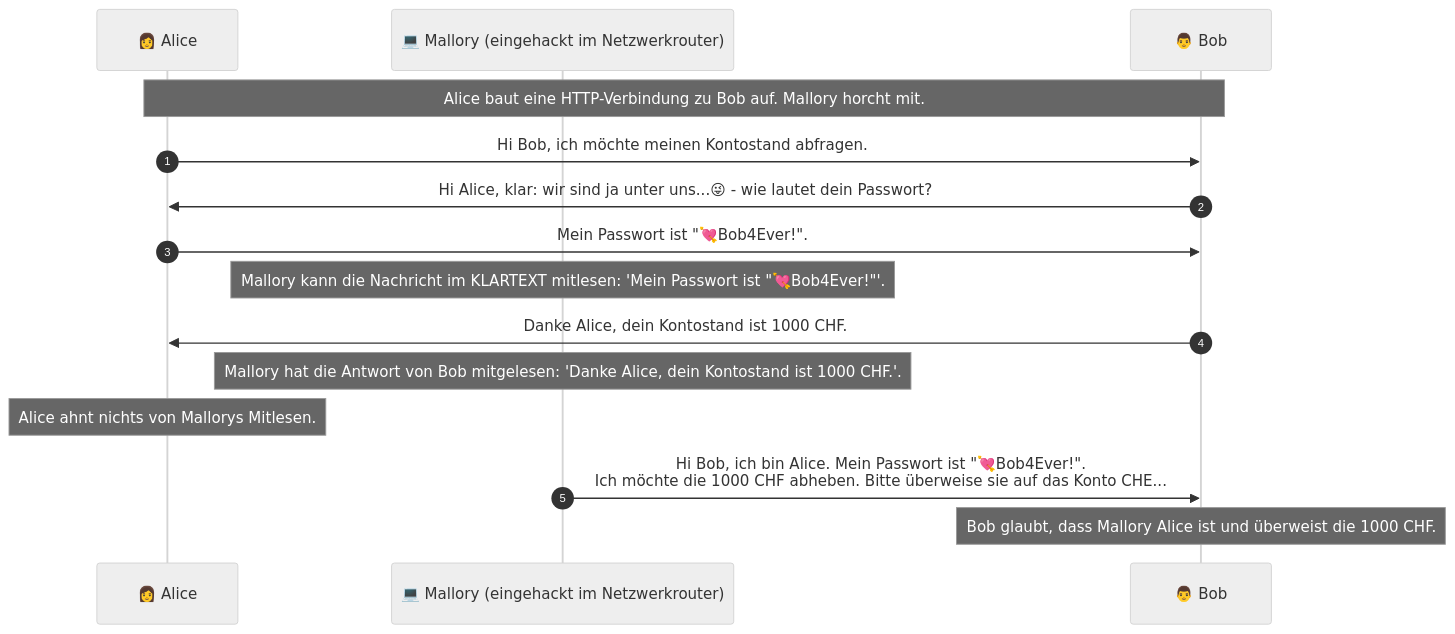
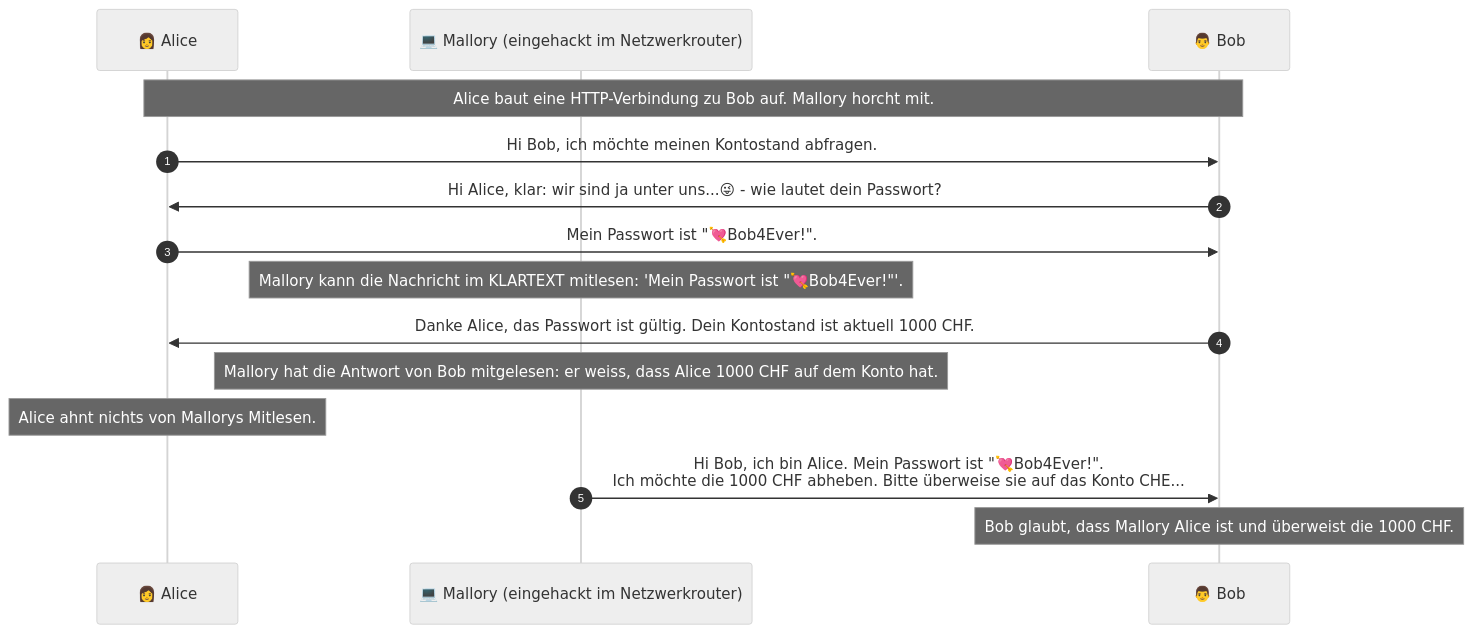
The first of 2 diagrams in Teaching.Slides/pages/7_Authentifizierung_und_Autorisierung/slides.md (teaching-abbts/teaching), drawn with Mermaid (neutral theme) before and after one commit. The commit also changed other lines of this file, not shown here.

````diff
--- a/Teaching.Slides/pages/7_Authentifizierung_und_Autorisierung/slides.md
+++ b/Teaching.Slides/pages/7_Authentifizierung_und_Autorisierung/slides.md
@@ -45,18 +48,18 @@
 ```mermaid
 sequenceDiagram
   autonumber
   participant Alice as 👩 Alice
   participant Mallory as 💻 Mallory (eingehackt im Netzwerkrouter)
   participant Bob as 👨 Bob
 
   Note over Alice,Bob: Alice baut eine HTTP-Verbindung zu Bob auf. Mallory horcht mit.
   Alice->>Bob: Hi Bob, ich möchte meinen Kontostand abfragen.
   Bob->>Alice: Hi Alice, klar: wir sind ja unter uns...😜 - wie lautet dein Passwort?
   Alice->>Bob: Mein Passwort ist "💘Bob4Ever!".
   Note over Mallory: Mallory kann die Nachricht im KLARTEXT mitlesen: 'Mein Passwort ist "💘Bob4Ever!"'.
-  Bob->>Alice: Danke Alice, dein Kontostand ist 1000 CHF.
-  Note over Mallory: Mallory hat die Antwort von Bob mitgelesen: 'Danke Alice, dein Kontostand ist 1000 CHF.'.
+  Bob->>Alice: Danke Alice, das Passwort ist gültig. Dein Kontostand ist aktuell 1000 CHF.
+  Note over Mallory: Mallory hat die Antwort von Bob mitgelesen: er weiss, dass Alice 1000 CHF auf dem Konto hat.
   Note over Alice: Alice ahnt nichts von Mallorys Mitlesen.
   Mallory->>Bob: Hi Bob, ich bin Alice. Mein Passwort ist "💘Bob4Ever!". <br/>Ich möchte die 1000 CHF abheben. Bitte überweise sie auf das Konto CHE...
   Note over Bob: Bob glaubt, dass Mallory Alice ist und überweist die 1000 CHF.
 ```
````
